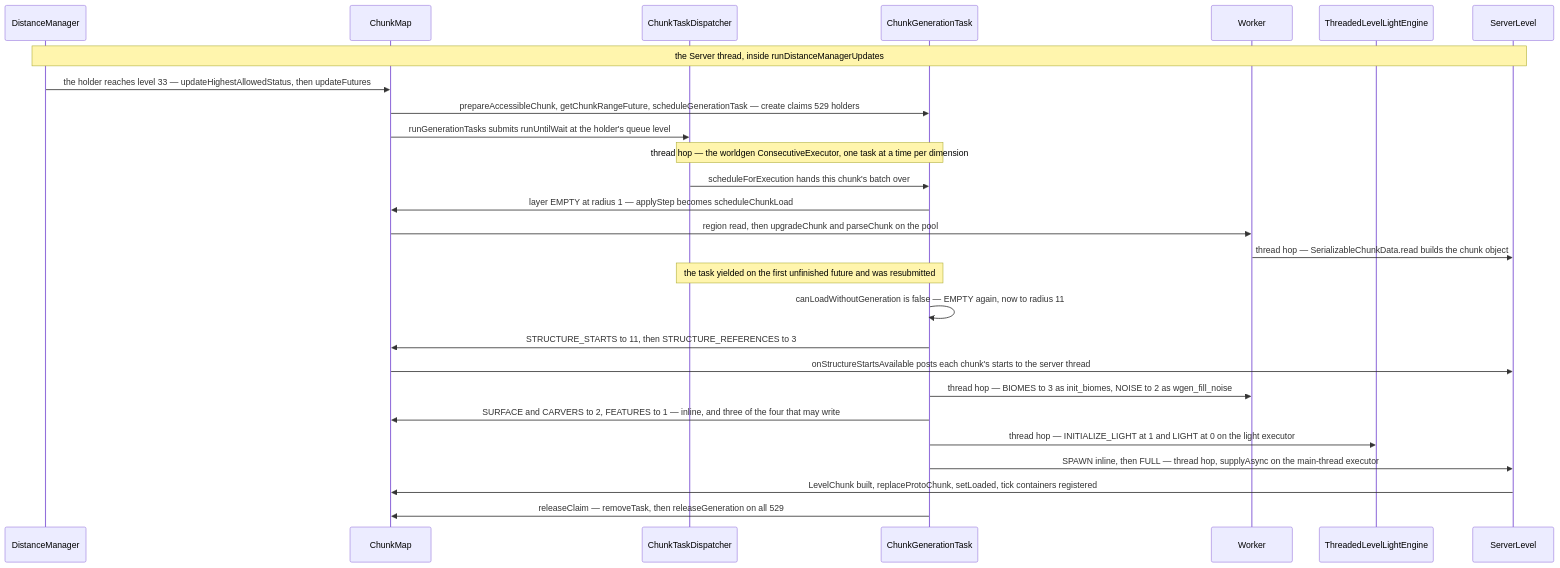
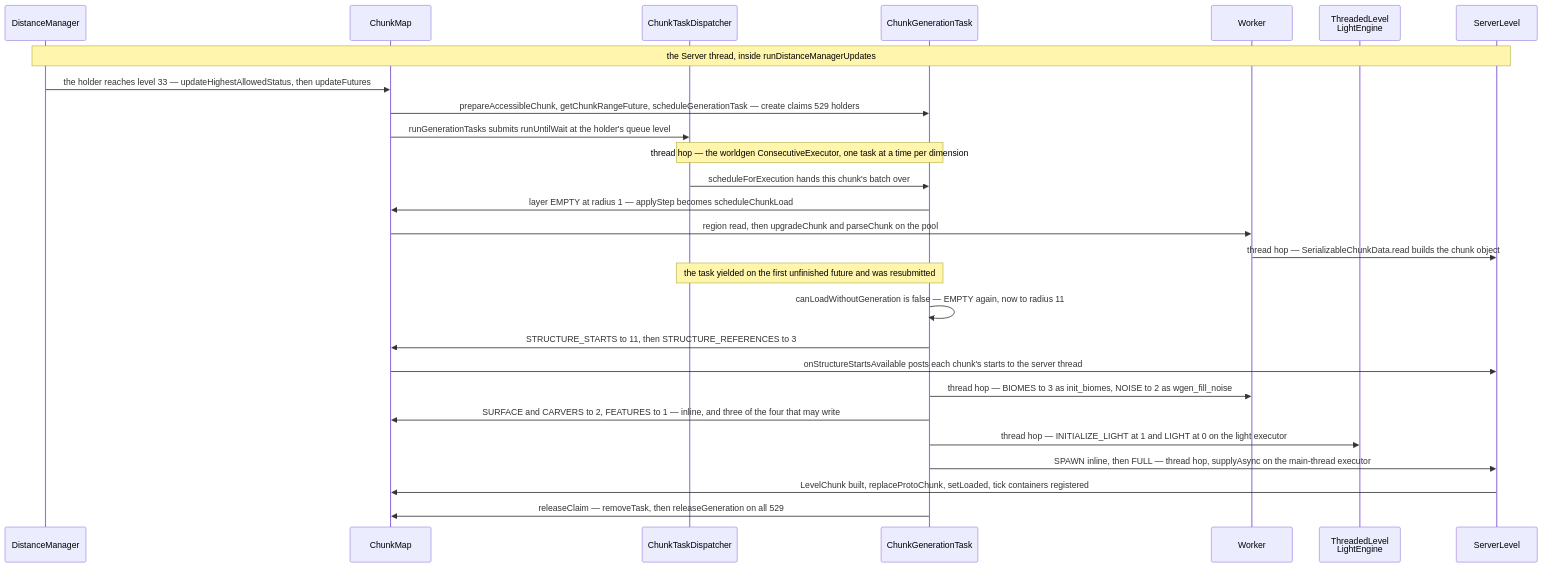
Before and after one commit to AlexanderjFraser/MinecraftDocs: the second of 2 diagrams in src/systems/world/chunk-generation-pipeline.md, drawn with Mermaid. The commit also changed 68 other files, not shown here.

````diff
--- a/src/systems/world/chunk-generation-pipeline.md
+++ b/src/systems/world/chunk-generation-pipeline.md
@@ -384,30 +384,30 @@
 ```mermaid
 sequenceDiagram
     participant DM as DistanceManager
     participant CM as ChunkMap
     participant CTD as ChunkTaskDispatcher
     participant CGT as ChunkGenerationTask
     participant Worker as Worker
-    participant TLE as ThreadedLevelLightEngine
+    participant TLE as ThreadedLevel<br/>LightEngine
     participant SL as ServerLevel
 
     Note over DM,SL: the Server thread, inside runDistanceManagerUpdates
     DM->>CM: the holder reaches level 33 — updateHighestAllowedStatus, then updateFutures
     CM->>CGT: prepareAccessibleChunk, getChunkRangeFuture, scheduleGenerationTask — create claims 529 holders
     CM->>CTD: runGenerationTasks submits runUntilWait at the holder's queue level
     Note over CTD,CGT: thread hop — the worldgen ConsecutiveExecutor, one task at a time per dimension
     CTD->>CGT: scheduleForExecution hands this chunk's batch over
     CGT->>CM: layer EMPTY at radius 1 — applyStep becomes scheduleChunkLoad
     CM->>Worker: region read, then upgradeChunk and parseChunk on the pool
     Worker->>SL: thread hop — SerializableChunkData.read builds the chunk object
     Note over CTD,CGT: the task yielded on the first unfinished future and was resubmitted
     CGT->>CGT: canLoadWithoutGeneration is false — EMPTY again, now to radius 11
     CGT->>CM: STRUCTURE_STARTS to 11, then STRUCTURE_REFERENCES to 3
     CM->>SL: onStructureStartsAvailable posts each chunk's starts to the server thread
     CGT->>Worker: thread hop — BIOMES to 3 as init_biomes, NOISE to 2 as wgen_fill_noise
     CGT->>CM: SURFACE and CARVERS to 2, FEATURES to 1 — inline, and three of the four that may write
     CGT->>TLE: thread hop — INITIALIZE_LIGHT at 1 and LIGHT at 0 on the light executor
     CGT->>SL: SPAWN inline, then FULL — thread hop, supplyAsync on the main-thread executor
     SL->>CM: LevelChunk built, replaceProtoChunk, setLoaded, tick containers registered
     CGT->>CM: releaseClaim — removeTask, then releaseGeneration on all 529
 ```
````
